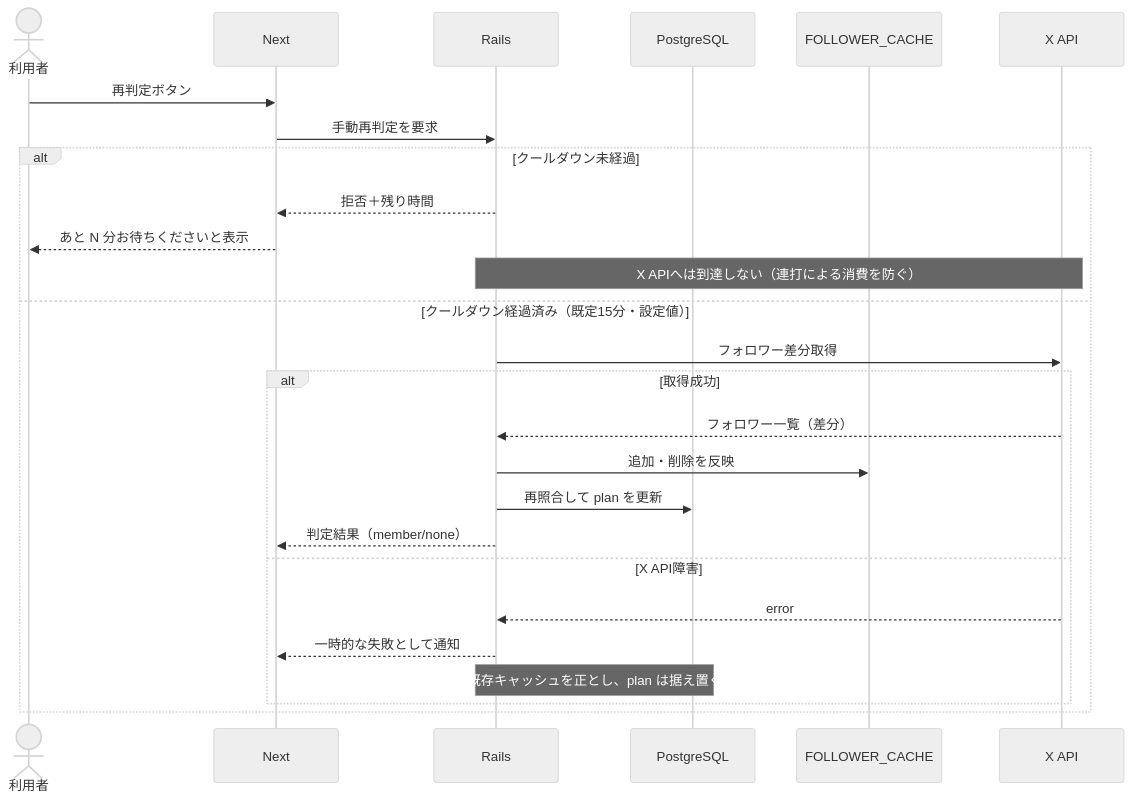
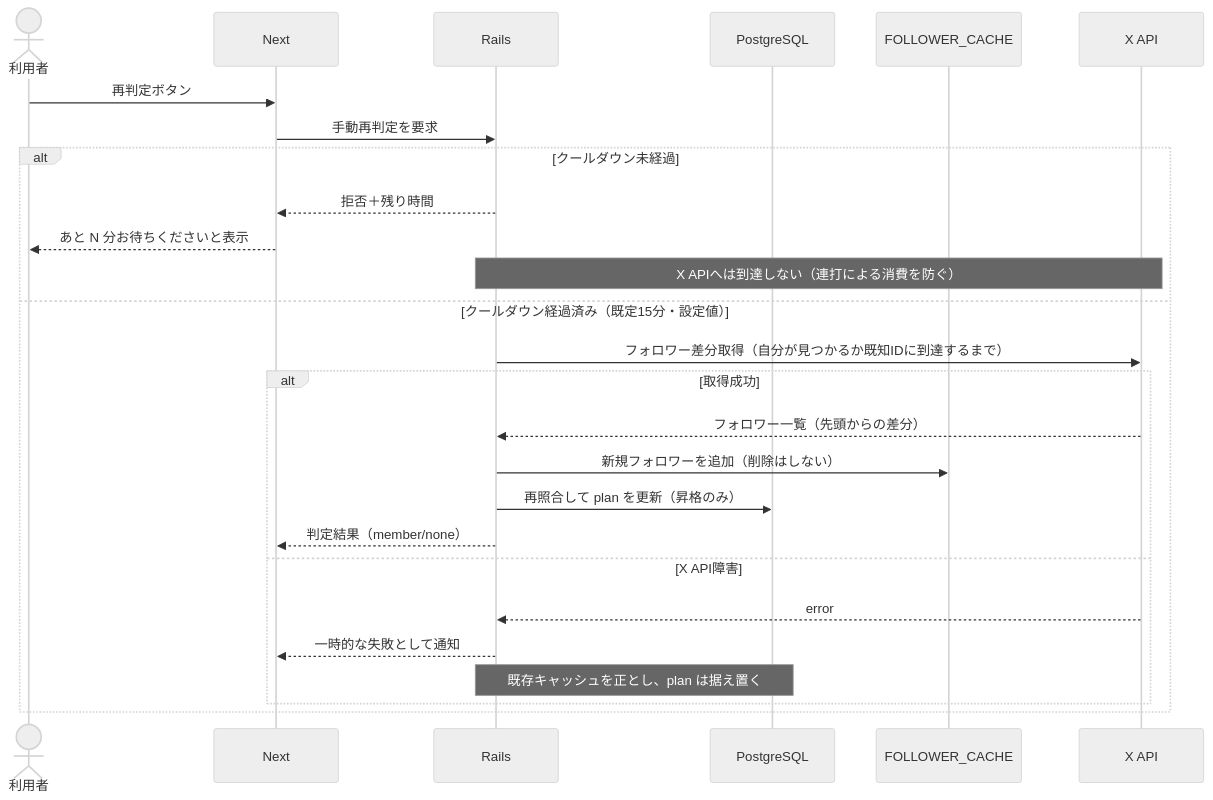
One commit to rictaworks/questboard changed the sixth of 12 diagrams in questboard_design_document.md. Above: the diagram before and after it, drawn with Mermaid (neutral theme). The commit also changed other lines of this file and 2 other files, not shown here.

````diff
--- a/questboard_design_document.md
+++ b/questboard_design_document.md
@@ -420,29 +422,29 @@
 ```mermaid
 sequenceDiagram
     actor U as 利用者
     participant FE as Next
     participant API as Rails
     participant DB as PostgreSQL
     participant CACHE as FOLLOWER_CACHE
     participant XAPI as X API
 
     U->>FE: 再判定ボタン
     FE->>API: 手動再判定を要求
     alt クールダウン未経過
         API-->>FE: 拒否＋残り時間
         FE-->>U: あと N 分お待ちくださいと表示
         Note over API,XAPI: X APIへは到達しない（連打による消費を防ぐ）
     else クールダウン経過済み（既定15分・設定値）
-        API->>XAPI: フォロワー差分取得
+        API->>XAPI: フォロワー差分取得（自分が見つかるか既知IDに到達するまで）
         alt 取得成功
-            XAPI-->>API: フォロワー一覧（差分）
-            API->>CACHE: 追加・削除を反映
-            API->>DB: 再照合して plan を更新
+            XAPI-->>API: フォロワー一覧（先頭からの差分）
+            API->>CACHE: 新規フォロワーを追加（削除はしない）
+            API->>DB: 再照合して plan を更新（昇格のみ）
             API-->>FE: 判定結果（member/none）
         else X API障害
             XAPI-->>API: error
             API-->>FE: 一時的な失敗として通知
             Note over API,DB: 既存キャッシュを正とし、plan は据え置く
         end
     end
 ```
````
